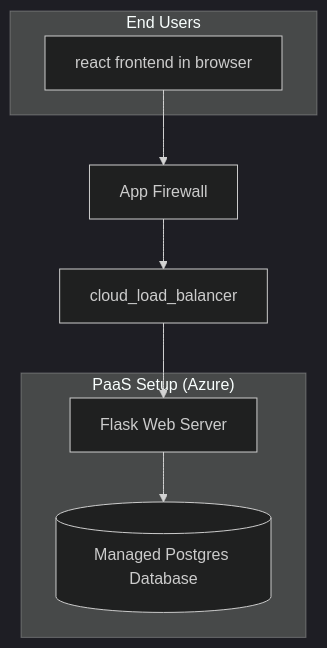
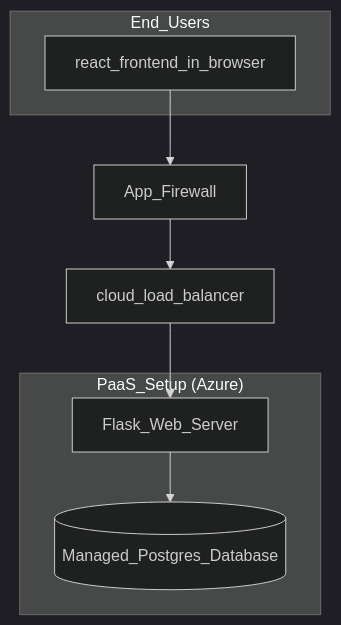
Before and after one commit to Sighopss/Algonquin-Code-Base: the first of 3 diagrams in lab2.md, drawn with Mermaid (dark theme). The commit also changed other lines of this file, not shown here.

````diff
--- a/lab2.md
+++ b/lab2.md
@@ -2,24 +2,24 @@
 ```mermaid
 graph TB
-    subgraph User["End Users"]
+    subgraph User["End_Users"]
 
-        UI[react frontend in browser]
+        User_interface[react_frontend_in_browser]
 
     end
 
-    Firewall[App Firewall]
+    Firewall[App_Firewall]
 
-    LoadBalancer[cloud_load_balancer]
+    loadbalancer[cloud_load_balancer]
 
-    subgraph PaaS["PaaS Setup (Azure)"]
+    subgraph PaaS["PaaS_Setup (Azure)"]
 
-        AppServer[Flask Web Server]
+        AppServers[Flask_Web_Server]
 
-        Database[(Managed Postgres Database)]
+        databases[(Managed_Postgres_Database)]
 
     end
 
-    UI --> Firewall --> LoadBalancer --> AppServer
+    User_interface --> Firewall --> loadbalancer --> AppServers
 
-    --> Database
+    --> databases
 ```
````
